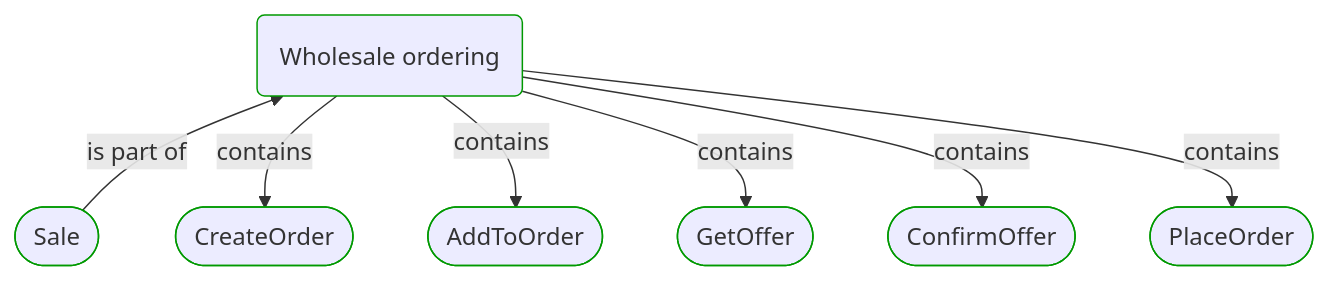
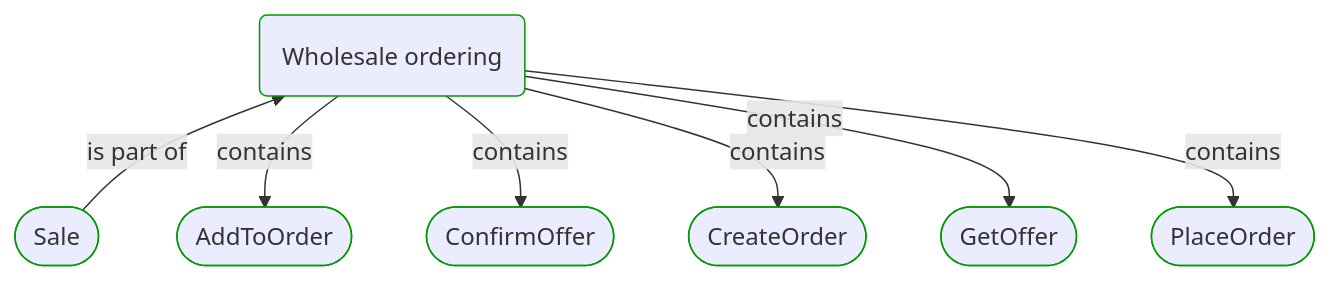
One commit to itlibrium/DDD-starter-dotnet changed the first of 4 diagrams in Docs/P3/MermaidOutput/Processes/Sale/Wholesale ordering/Wholesale ordering.md. Above: the diagram before and after it, drawn with Mermaid. The commit also changed 78 other files, not shown here.

````diff
--- a/Docs/P3/MermaidOutput/Processes/Sale/Wholesale ordering/Wholesale ordering.md
+++ b/Docs/P3/MermaidOutput/Processes/Sale/Wholesale ordering/Wholesale ordering.md
@@ -20,29 +20,29 @@
 ```mermaid
   flowchart TB
     0(Wholesale ordering)
     class 0 DomainPerspective
     1([Sale])
     class 1 DomainPerspective
     1---0
     1-->|is part of|0
     0---1
-    2([CreateOrder])
+    2([AddToOrder])
     class 2 DomainPerspective
     0-->|contains|2
-    3([AddToOrder])
+    3([ConfirmOffer])
     class 3 DomainPerspective
     0-->|contains|3
-    4([GetOffer])
+    4([CreateOrder])
     class 4 DomainPerspective
     0-->|contains|4
-    5([ConfirmOffer])
+    5([GetOffer])
     class 5 DomainPerspective
     0-->|contains|5
     6([PlaceOrder])
     class 6 DomainPerspective
     0-->|contains|6
     linkStyle 0,2 stroke:none
     classDef DomainPerspective stroke:#009900
     classDef TechnologyPerspective stroke:#1F41EB
     classDef PeoplePerspective stroke:#FFF014
 ```
````
